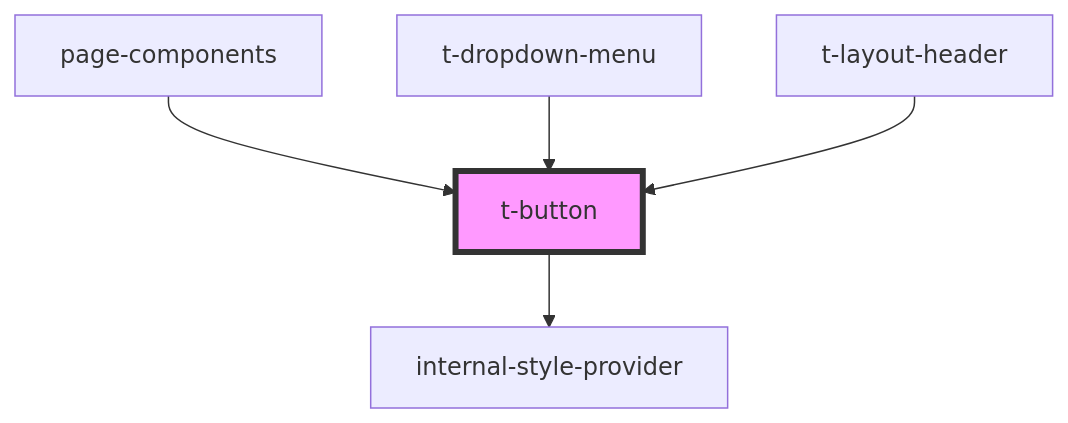
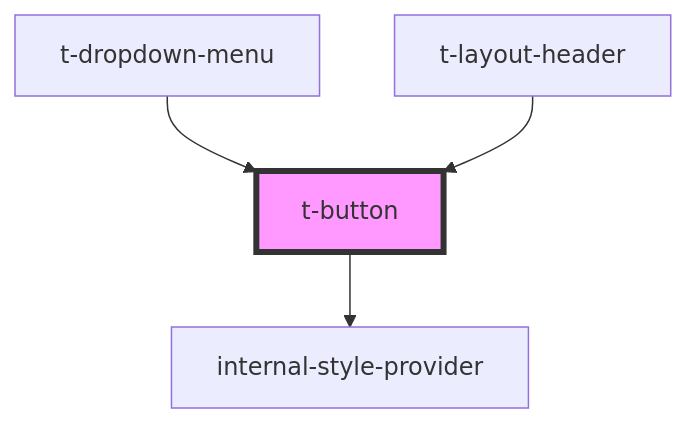
Before and after one commit to TomasEng/web-components: the diagram in packages/t-web-components/src/components/t-button/readme.md, drawn with Mermaid. The commit also changed other lines of this file and 27 other files, not shown here.

````diff
--- a/packages/t-web-components/src/components/t-button/readme.md
+++ b/packages/t-web-components/src/components/t-button/readme.md
@@ -30,8 +29,7 @@
 ```mermaid
 graph TD;
   t-button --> internal-style-provider
-  page-components --> t-button
   t-dropdown-menu --> t-button
   t-layout-header --> t-button
   style t-button fill:#f9f,stroke:#333,stroke-width:4px
 ```
````
